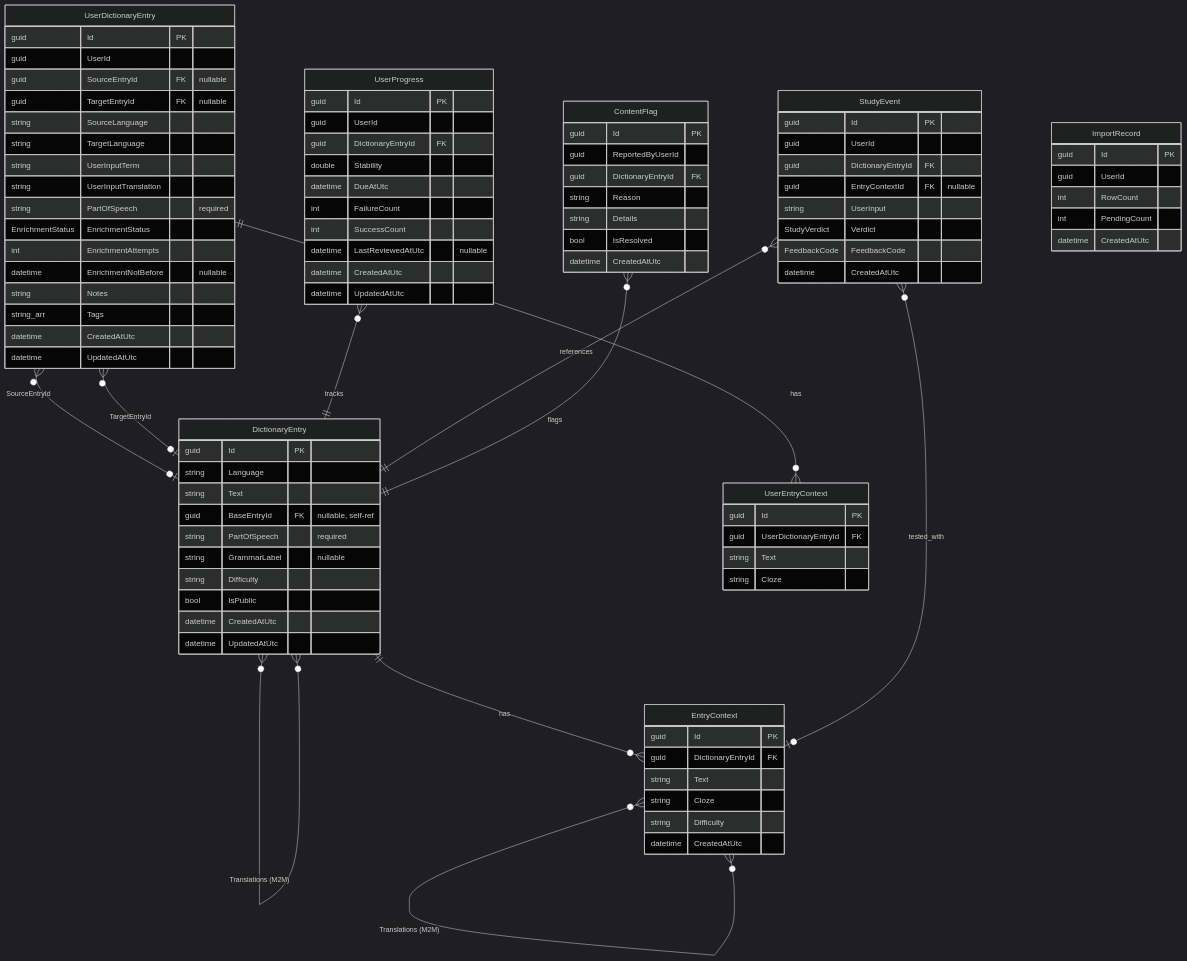
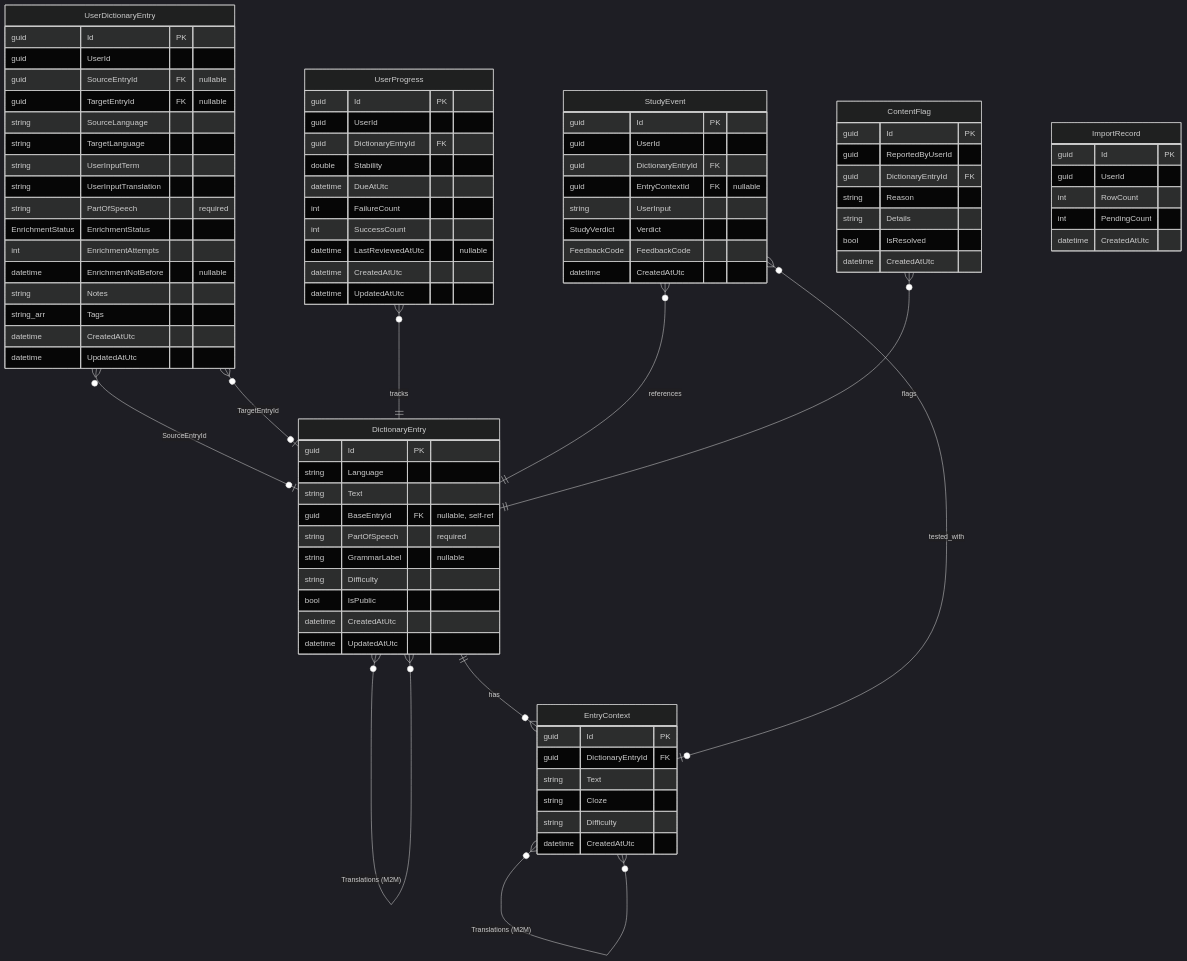
Before and after one commit to altav1sta/langoose: the diagram in docs/domain-model.md, drawn with Mermaid (dark theme). The commit also changed other lines of this file and 3 other files, not shown here.

```diff
--- a/docs/domain-model.md
+++ b/docs/domain-model.md
@@ -15,7 +15,6 @@
     EntryContext }o--o{ EntryContext : "Translations (M2M)"
     UserDictionaryEntry }o--o| DictionaryEntry : "SourceEntryId"
     UserDictionaryEntry }o--o| DictionaryEntry : "TargetEntryId"
-    UserDictionaryEntry ||--o{ UserEntryContext : has
     UserProgress }o--|| DictionaryEntry : tracks
     StudyEvent }o--|| DictionaryEntry : references
     StudyEvent }o--o| EntryContext : tested_with
@@ -62,13 +61,6 @@
         datetime UpdatedAtUtc
     }
 
-    UserEntryContext {
-        guid Id PK
-        guid UserDictionaryEntryId FK
-        string Text
-        string Cloze
-    }
-
     UserProgress {
         guid Id PK
         guid UserId
```
